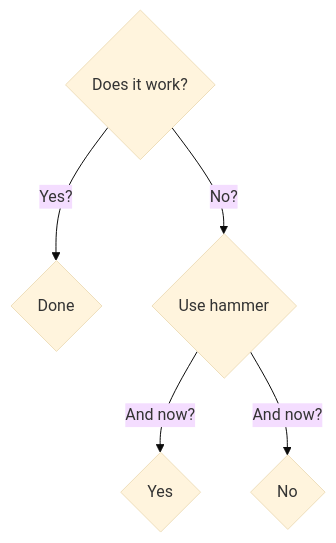
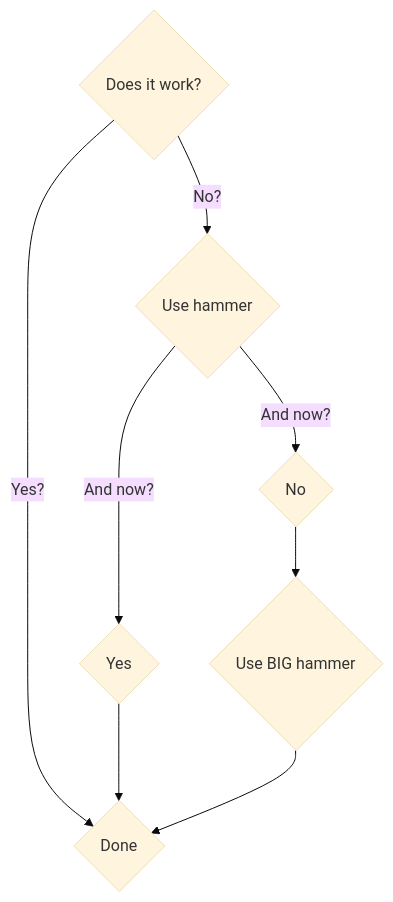
One commit to ch3ll0v3k/ch3ll0v3k.github.io changed the diagram in README.md. Above: the diagram before and after it, drawn with Mermaid (base theme).

Commit message:
"mermaid flowchart/flowchart test"

````diff
--- a/README.md
+++ b/README.md
@@ -4,7 +4,10 @@
 ```mermaid
 flowchart TD;
   start{Does it work?} -- Yes? --> jobDone{Done};
-  start{Does it work?} -- No? --> no_1{Use hammer};
-  no_1{Use hammer} -- And now? --> yes_1{Yes};
-  no_1{Use hammer} -- And now? --> no_2{No};
+  start{Does it work?} -- No? --> use_hammer_1{Use hammer};
+  use_hammer_1{Use hammer} -- And now? --> yes_1{Yes};
+  use_hammer_1{Use hammer} -- And now? --> no_2{No};
+  no_2{No} --> use_hammer_2{Use BIG hammer};
+  yes_1{Yes} --> jobDone{Done};
+  use_hammer_2{Use BIG hammer} --> jobDone{Done};
 ```
````
